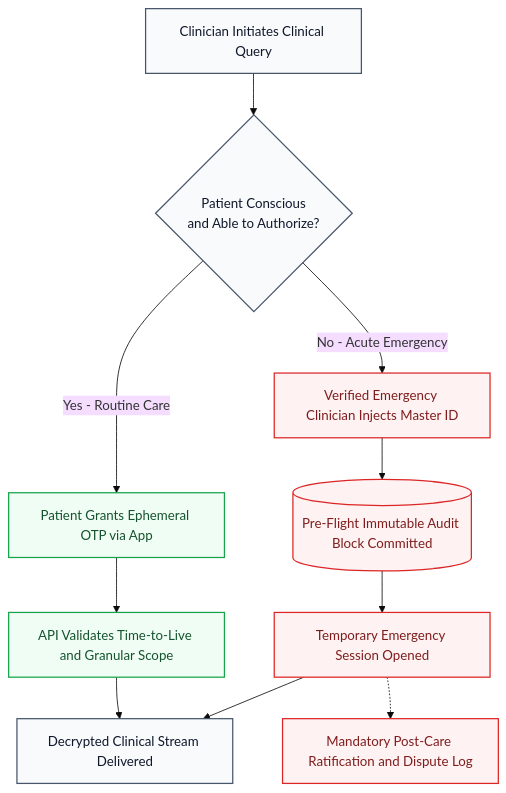
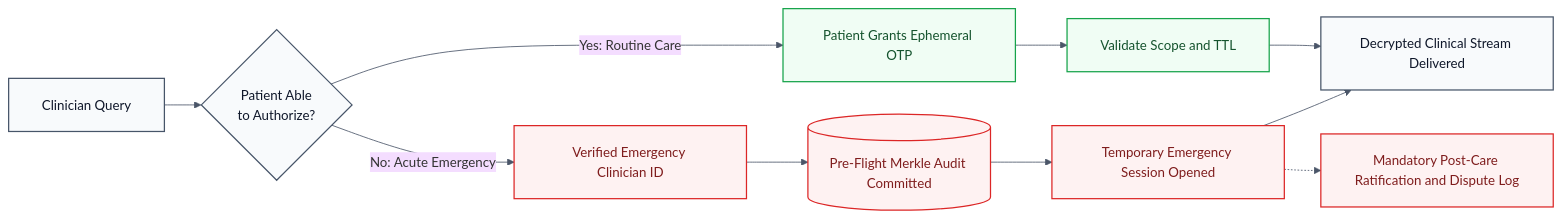
The second of 2 diagrams in profile/README.md (datalife-ehealth/.github), drawn with Mermaid before and after one commit. The commit also changed other lines of this file, not shown here.

Commit message:
docs: shrink the banner and lay architecture diagrams left to right

````diff
--- a/profile/README.md
+++ b/profile/README.md
@@ -76,24 +76,24 @@
 ```mermaid
-%%{init: {'theme': 'base', 'themeVariables': { 'edgeColor': '#4A5568', 'fontFamily': 'ui-sans-serif, system-ui, sans-serif'}}}%%
-flowchart TD
-    Req[Clinician Initiates Clinical Query] --> ConsciousCheck{Patient Conscious<br/>and Able to Authorize?}
+%%{init: {'theme': 'base', 'themeVariables': { 'edgeColor': '#4A5568', 'lineColor': '#4A5568', 'fontFamily': 'ui-sans-serif, system-ui, sans-serif' }, 'flowchart': {'padding': 20, 'nodeSpacing': 36, 'rankSpacing': 44, 'htmlLabels': true, 'wrappingWidth': 200}}}%%
+flowchart LR
+    Req[Clinician Query] --> Check{Patient Able<br/>to Authorize?}
 
-    ConsciousCheck -->|Yes - Routine Care| OTPFlow[Patient Grants Ephemeral OTP via App]
-    OTPFlow --> ValidateOTP[API Validates Time-to-Live and Granular Scope]
-    ValidateOTP --> AccessGranted[Decrypted Clinical Stream Delivered]
+    Check -->|Yes: Routine Care| OTPFlow[Patient Grants Ephemeral OTP]
+    OTPFlow --> ValidateOTP[Validate Scope and TTL]
+    ValidateOTP --> Access[Decrypted Clinical Stream Delivered]
 
-    ConsciousCheck -->|No - Acute Emergency| GlassBreak[Verified Emergency Clinician Injects Master ID]
-    GlassBreak --> PreAudit[(Pre-Flight Immutable Audit Block Committed)]
-    PreAudit --> EmergencyAccess[Temporary Emergency Session Opened]
-    EmergencyAccess --> AccessGranted
+    Check -->|No: Acute Emergency| GlassBreak[Verified Emergency Clinician ID]
+    GlassBreak --> PreAudit[(Pre-Flight Merkle Audit Committed)]
+    PreAudit --> EmergencySession[Temporary Emergency Session Opened]
+    EmergencySession --> Access
 
-    EmergencyAccess -.-> PostAudit[Mandatory Post-Care Ratification and Dispute Log]
+    EmergencySession -.-> PostAudit[Mandatory Post-Care Ratification and Dispute Log]
 
     classDef normal fill:#F0FDF4,stroke:#16A34A,stroke-width:1.5px,color:#14532D;
     classDef alert fill:#FEF2F2,stroke:#DC2626,stroke-width:1.5px,color:#7F1D1D;
     classDef neutral fill:#F8FAFC,stroke:#475569,stroke-width:1.5px,color:#0F172A;
 
-    class ConsciousCheck,Req,AccessGranted neutral;
+    class Req,Check,Access neutral;
     class OTPFlow,ValidateOTP normal;
-    class GlassBreak,PreAudit,EmergencyAccess,PostAudit alert;
+    class GlassBreak,PreAudit,EmergencySession,PostAudit alert;
 ```
````
